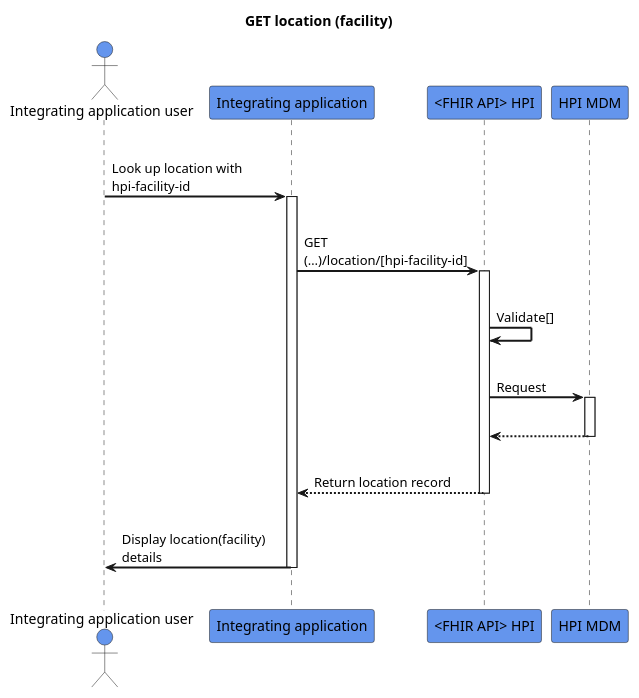
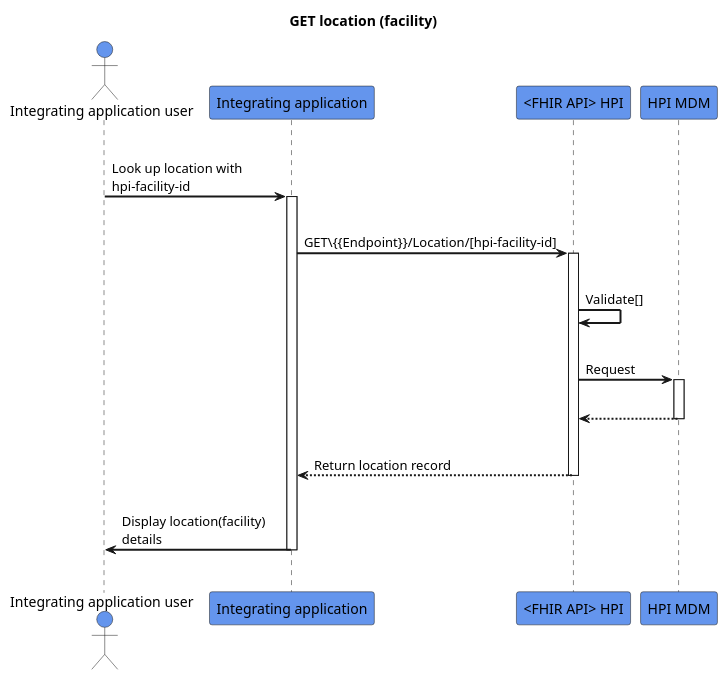
The diagram in input/images-source/get-location.plantuml (HL7NZ/hpi), drawn with PlantUML before and after one commit.

```diff
--- a/input/images-source/get-location.plantuml
+++ b/input/images-source/get-location.plantuml
@@ -1,33 +1,33 @@
 @startuml
 skinparam sequenceArrowThickness 2
 skinparam roundcorner 5
 skinparam maxmessagesize 180
 skinparam sequenceParticipant bold
 title GET location (facility) 
 actor "Integrating application user" as User #CornflowerBlue
 participant "Integrating application" as A #CornflowerBlue
 participant "<FHIR API> HPI" as B #CornflowerBlue
 participant "HPI MDM" as C #CornflowerBlue
 |||
 User -> A: Look up location with hpi-facility-id
 activate A
 |||
-A -> B: GET (…)/location/[hpi-facility-id]
+A -> B: GET\{{Endpoint}}/Location/[hpi-facility-id]
 activate B
 |||
 B -> B: Validate[]
 |||
 B -> C: Request
 activate C
 |||
 
 C -[dashed]-> B:  
 deactivate C
 |||
 B -[dashed]-> A:Return location record
 deactivate B
 |||
 A -> User: Display location(facility) details
 deactivate A
 |||
 @enduml
```
